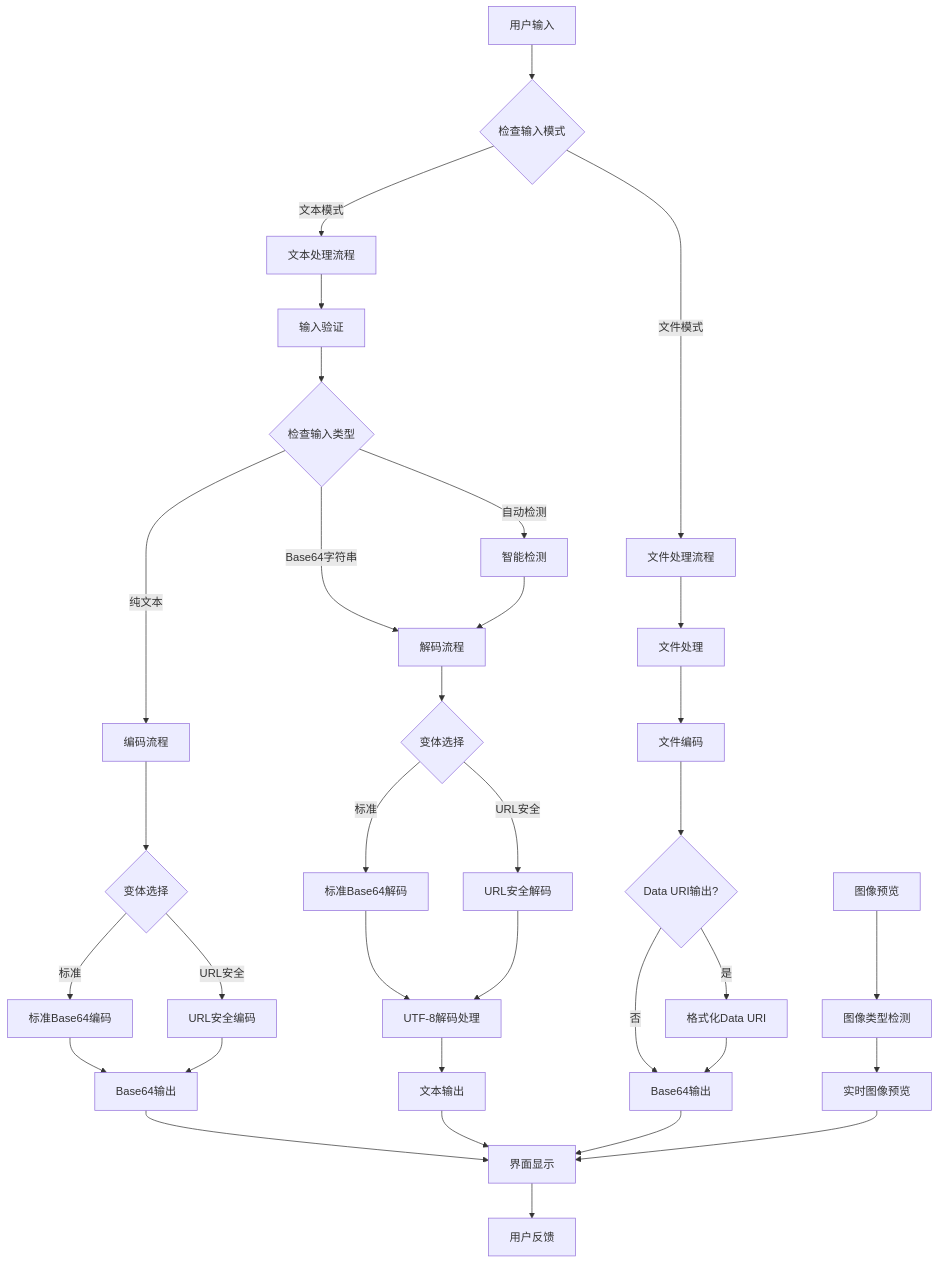
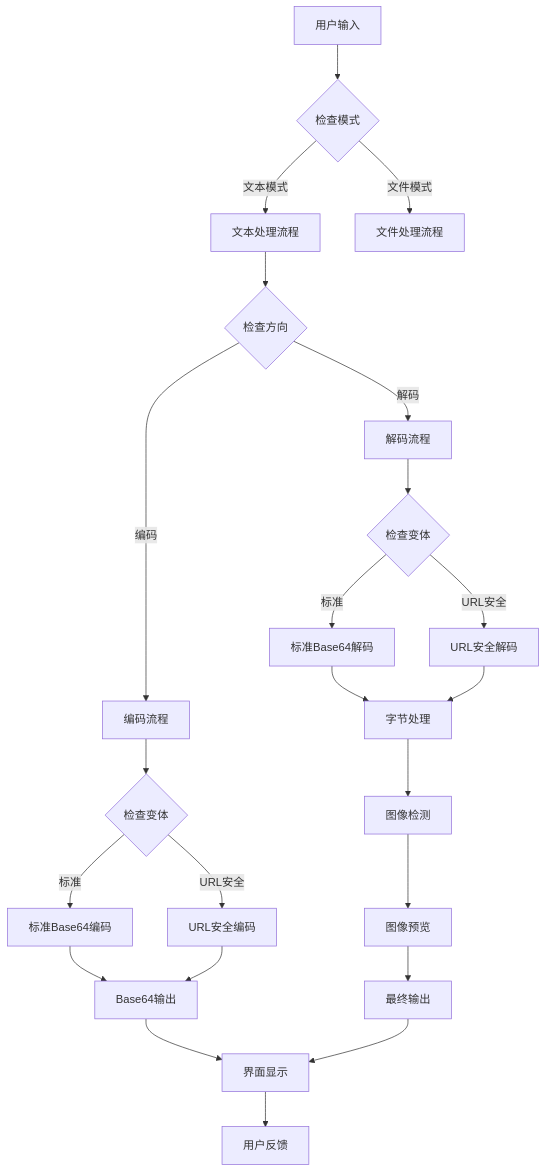
Before and after one commit to sgyy/privadeck: the third of 8 diagrams in .qoder/repowiki/zh/content/开发者工具/Base64编码工具.md, drawn with Mermaid. The commit also changed other lines of this file and 23 other files, not shown here.

````diff
--- a/.qoder/repowiki/zh/content/开发者工具/Base64编码工具.md
+++ b/.qoder/repowiki/zh/content/开发者工具/Base64编码工具.md
@@ -197,36 +175,25 @@
 ```mermaid
 flowchart TD
-Input[用户输入] --> ModeCheck{检查输入模式}
-ModeCheck --> |文本模式| TextFlow[文本处理流程]
-ModeCheck --> |文件模式| FileFlow[文件处理流程]
-TextFlow --> Validation[输入验证]
-Validation --> TypeCheck{检查输入类型}
-TypeCheck --> |纯文本| Encode[编码流程]
-TypeCheck --> |Base64字符串| Decode[解码流程]
-TypeCheck --> |自动检测| AutoDetect[智能检测]
-AutoDetect --> Decode
-Encode --> VariantSelect{变体选择}
-VariantSelect --> |标准| StandardEncode[标准Base64编码]
-VariantSelect --> |URL安全| UrlSafeEncode[URL安全编码]
+Input[用户输入] --> ModeCheck{检查模式}
+ModeCheck --> |文本模式| TextProcess[文本处理流程]
+ModeCheck --> |文件模式| FileProcess[文件处理流程]
+TextProcess --> DirectionCheck{检查方向}
+DirectionCheck --> |编码| EncodeFlow[编码流程]
+DirectionCheck --> |解码| DecodeFlow[解码流程]
+EncodeFlow --> VariantCheck{检查变体}
+VariantCheck --> |标准| StandardEncode[标准Base64编码]
+VariantCheck --> |URL安全| UrlSafeEncode[URL安全编码]
 StandardEncode --> Output[Base64输出]
 UrlSafeEncode --> Output
-Decode --> VariantSelect2{变体选择}
-VariantSelect2 --> |标准| StandardDecode[标准Base64解码]
-VariantSelect2 --> |URL安全| UrlSafeDecode[URL安全解码]
-StandardDecode --> UTF8[UTF-8解码处理]
-UrlSafeDecode --> UTF8
-UTF8 --> Output2[文本输出]
-FileFlow --> FileProcess[文件处理]
-FileProcess --> FileEncode[文件编码]
-FileEncode --> DataUriCheck{Data URI输出?}
-DataUriCheck --> |是| DataUriFormat[格式化Data URI]
-DataUriCheck --> |否| FileOutput[Base64输出]
-DataUriFormat --> FileOutput
-ImageFlow[图像预览] --> ImageDetect[图像类型检测]
-ImageDetect --> ImagePreview[实时图像预览]
+DecodeFlow --> VariantCheck2{检查变体}
+VariantCheck2 --> |标准| StandardDecode[标准Base64解码]
+VariantCheck2 --> |URL安全| UrlSafeDecode[URL安全解码]
+StandardDecode --> ByteProcess[字节处理]
+UrlSafeDecode --> ByteProcess
+ByteProcess --> ImageDetect[图像检测]
+ImageDetect --> Preview[图像预览]
+Preview --> Output2[最终输出]
 Output --> UI[界面显示]
 Output2 --> UI
-FileOutput --> UI
-ImagePreview --> UI
 UI --> User[用户反馈]
 ```
````
